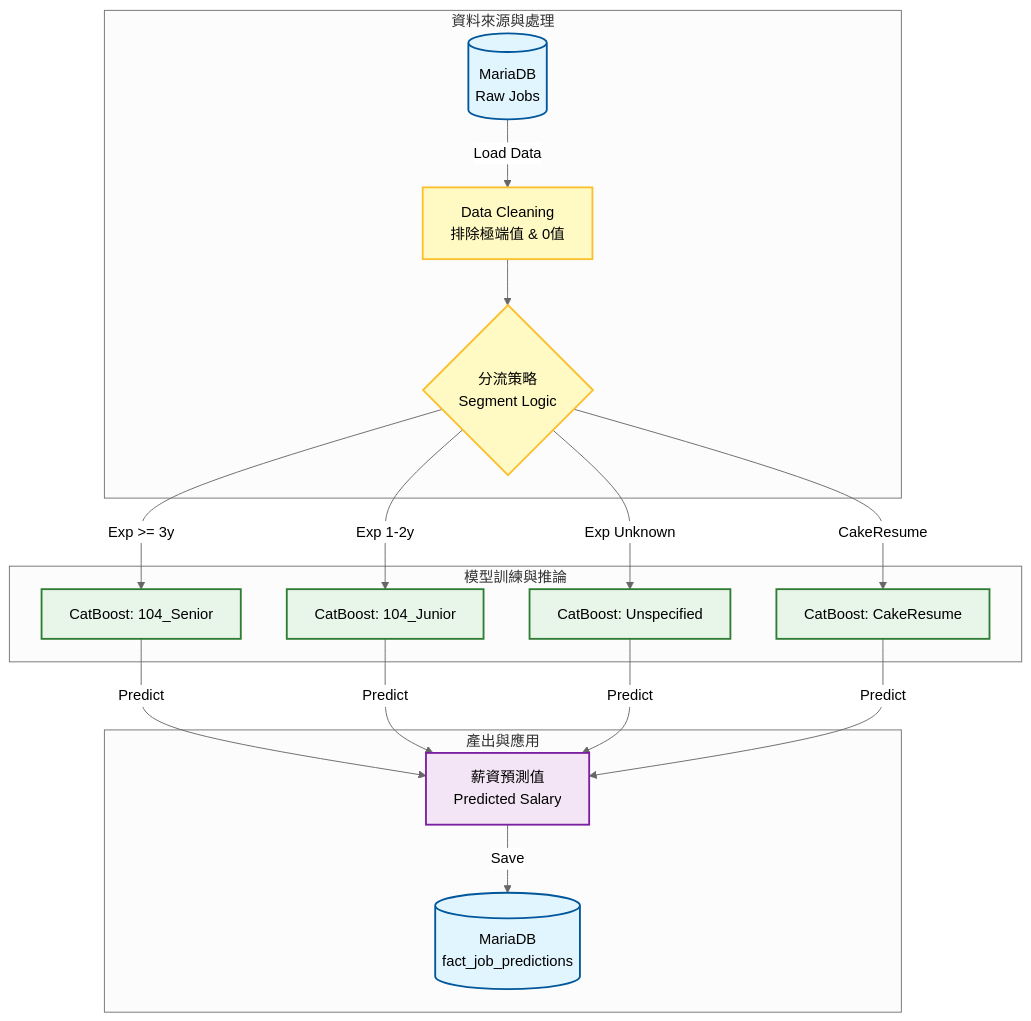
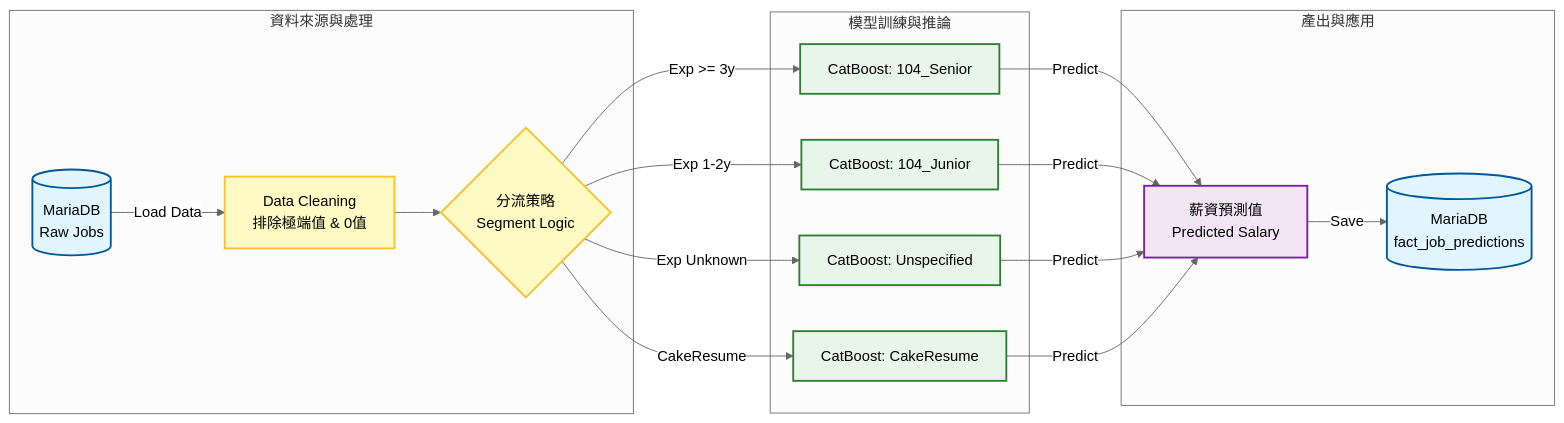
Before and after one commit to DataSideProject/WLS: the diagram in step3_machine_learning_pipeline/README.md, drawn with Mermaid (neutral theme).

````diff
--- a/step3_machine_learning_pipeline/README.md
+++ b/step3_machine_learning_pipeline/README.md
@@ -8,25 +8,25 @@
 ```mermaid
-graph TD
+graph LR
     %% 定義樣式
     classDef database fill:#e1f5fe,stroke:#01579b,stroke-width:2px;
     classDef process fill:#fff9c4,stroke:#fbc02d,stroke-width:2px;
     classDef model fill:#e8f5e9,stroke:#2e7d32,stroke-width:2px;
     classDef output fill:#f3e5f5,stroke:#7b1fa2,stroke-width:2px,shape:parallelogram;
 
     subgraph Data_Source [資料來源與處理]
         RawDB[(MariaDB<br>Raw Jobs)]:::database -->|Load Data| Cleaner[Data Cleaning<br>排除極端值 & 0值]:::process
         Cleaner --> Splitter{分流策略<br>Segment Logic}:::process
     end
 
     subgraph Modeling [模型訓練與推論]
         Splitter -->|Exp >= 3y| ModelA[CatBoost: 104_Senior]:::model
         Splitter -->|Exp 1-2y| ModelB[CatBoost: 104_Junior]:::model
         Splitter -->|Exp Unknown| ModelC[CatBoost: Unspecified]:::model
         Splitter -->|CakeResume| ModelD[CatBoost: CakeResume]:::model
     end
 
     subgraph Production [產出與應用]
         ModelA & ModelB & ModelC & ModelD -->|Predict| Result[薪資預測值<br>Predicted Salary]:::output
         Result -->|Save| FactDB[(MariaDB<br>fact_job_predictions)]:::database
     end
 ```
````
